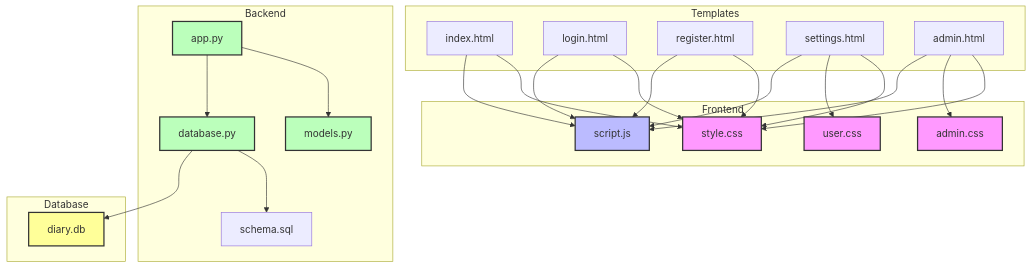
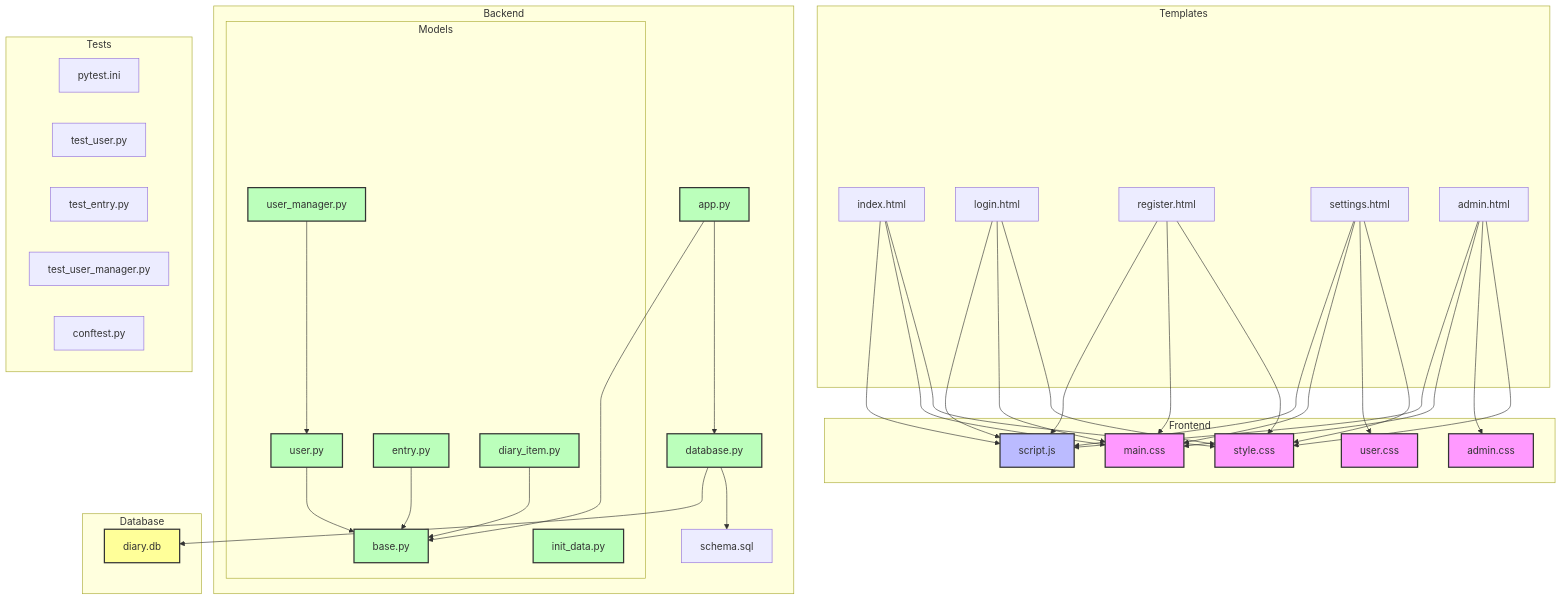
The tenth of 10 diagrams in docs/diagrams.md (sougetuOte/LifeLog), drawn with Mermaid before and after one commit. The commit also changed other lines of this file and 20 other files, not shown here.

````diff
--- a/docs/diagrams.md
+++ b/docs/diagrams.md
@@ -292,56 +306,87 @@
         A[style.css]
         B[admin.css]
         C[user.css]
-        D[script.js]
+        D[main.css]
+        E[script.js]
     end
 
     subgraph Templates
-        E[index.html]
-        F[login.html]
-        G[register.html]
-        H[settings.html]
-        I[admin.html]
+        F[index.html]
+        G[login.html]
+        H[register.html]
+        I[settings.html]
+        J[admin.html]
     end
 
     subgraph Backend
-        J[app.py]
-        K[models.py]
-        L[database.py]
-        M[schema.sql]
+        K[app.py]
+        subgraph Models
+            L1[base.py]
+            L2[user.py]
+            L3[entry.py]
+            L4[diary_item.py]
+            L5[user_manager.py]
+            L6[init_data.py]
+        end
+        M[database.py]
+        N[schema.sql]
     end
 
     subgraph Database
-        N[diary.db]
+        O[diary.db]
+    end
+
+    subgraph Tests
+        P[pytest.ini]
+        Q[test_user.py]
+        R[test_entry.py]
+        S[test_user_manager.py]
+        T[conftest.py]
     end
 
     %% Frontend Dependencies
-    E --> A
     F --> A
     G --> A
     H --> A
-    H --> C
     I --> A
-    I --> B
-
-    %% Template Dependencies
-    E --> D
+    I --> C
+    J --> A
+    J --> B
     F --> D
     G --> D
     H --> D
     I --> D
+    J --> D
+
+    %% Template Dependencies
+    F --> E
+    G --> E
+    H --> E
+    I --> E
+    J --> E
 
     %% Backend Dependencies
-    J --> K
-    J --> L
-    L --> M
-    L --> N
+    K --> L1
+    L2 --> L1
+    L3 --> L1
+    L4 --> L1
+    L5 --> L2
+    K --> M
+    M --> N
+    M --> O
 
     style A fill:#f9f,stroke:#333,stroke-width:2px
     style B fill:#f9f,stroke:#333,stroke-width:2px
     style C fill:#f9f,stroke:#333,stroke-width:2px
-    style D fill:#bbf,stroke:#333,stroke-width:2px
-    style J fill:#bfb,stroke:#333,stroke-width:2px
+    style D fill:#f9f,stroke:#333,stroke-width:2px
+    style E fill:#bbf,stroke:#333,stroke-width:2px
     style K fill:#bfb,stroke:#333,stroke-width:2px
-    style L fill:#bfb,stroke:#333,stroke-width:2px
-    style N fill:#ff9,stroke:#333,stroke-width:2px
+    style L1 fill:#bfb,stroke:#333,stroke-width:2px
+    style L2 fill:#bfb,stroke:#333,stroke-width:2px
+    style L3 fill:#bfb,stroke:#333,stroke-width:2px
+    style L4 fill:#bfb,stroke:#333,stroke-width:2px
+    style L5 fill:#bfb,stroke:#333,stroke-width:2px
+    style L6 fill:#bfb,stroke:#333,stroke-width:2px
+    style M fill:#bfb,stroke:#333,stroke-width:2px
+    style O fill:#ff9,stroke:#333,stroke-width:2px
 ```
````
